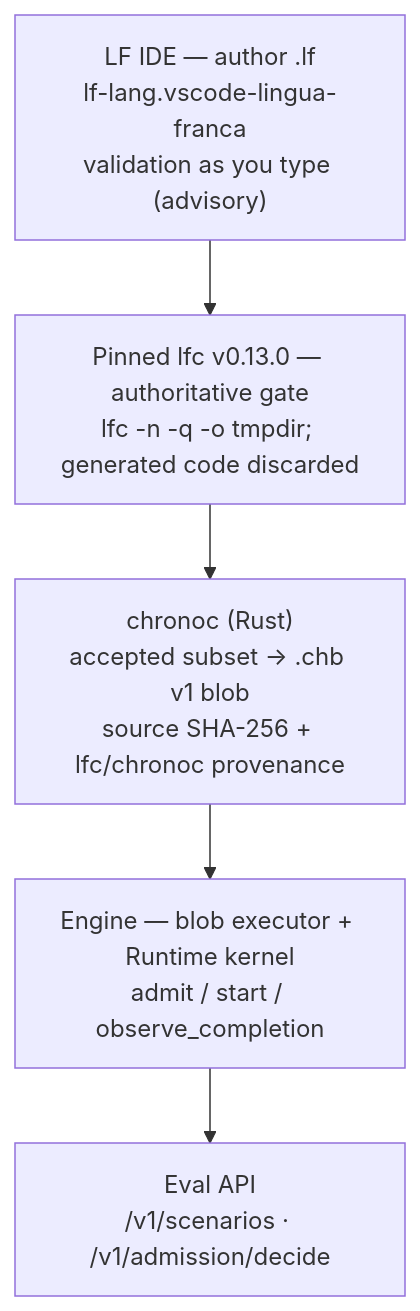
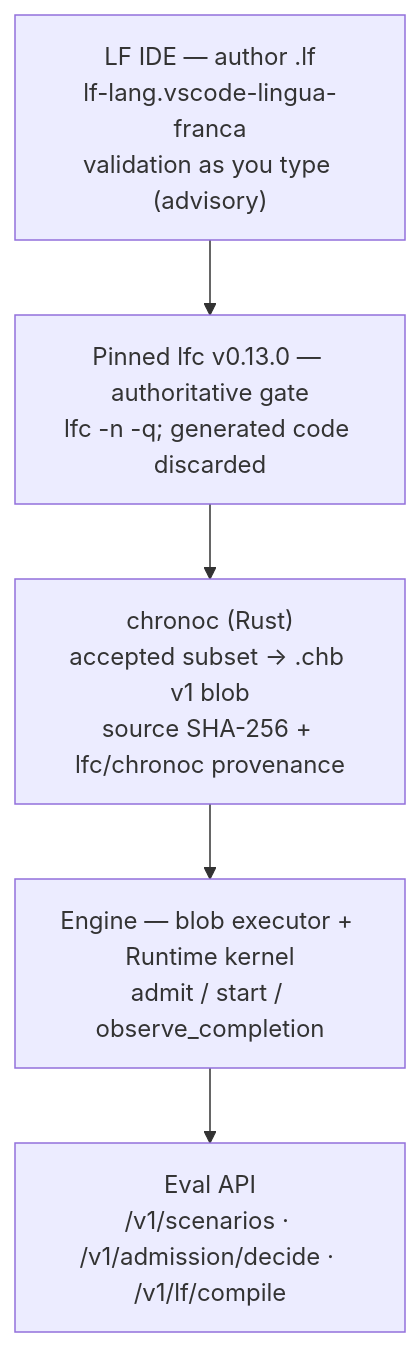
The diagram in docs/LF_TOOLCHAIN.md (layer1labs/chronohive-eval), drawn with Mermaid before and after one commit. The commit also changed other lines of this file and 31 other files, not shown here.

First line of the commit message:
Public eval package: client-only cleanup + complete-project compile client (#4)

````diff
--- a/docs/LF_TOOLCHAIN.md
+++ b/docs/LF_TOOLCHAIN.md
@@ -13,10 +16,10 @@
 ```mermaid
 flowchart TB
     IDE["LF IDE — author .lf<br/>lf-lang.vscode-lingua-franca<br/>validation as you type (advisory)"]
-    LFC["Pinned lfc v0.13.0 — authoritative gate<br/>lfc -n -q -o tmpdir; generated code discarded"]
+    LFC["Pinned lfc v0.13.0 — authoritative gate<br/>lfc -n -q; generated code discarded"]
     CHC["chronoc (Rust)<br/>accepted subset → .chb v1 blob<br/>source SHA-256 + lfc/chronoc provenance"]
     ENG["Engine — blob executor + Runtime kernel<br/>admit / start / observe_completion"]
-    API["Eval API<br/>/v1/scenarios · /v1/admission/decide"]
+    API["Eval API<br/>/v1/scenarios · /v1/admission/decide · /v1/lf/compile"]
 
     IDE --> LFC --> CHC --> ENG --> API
 ```
````
